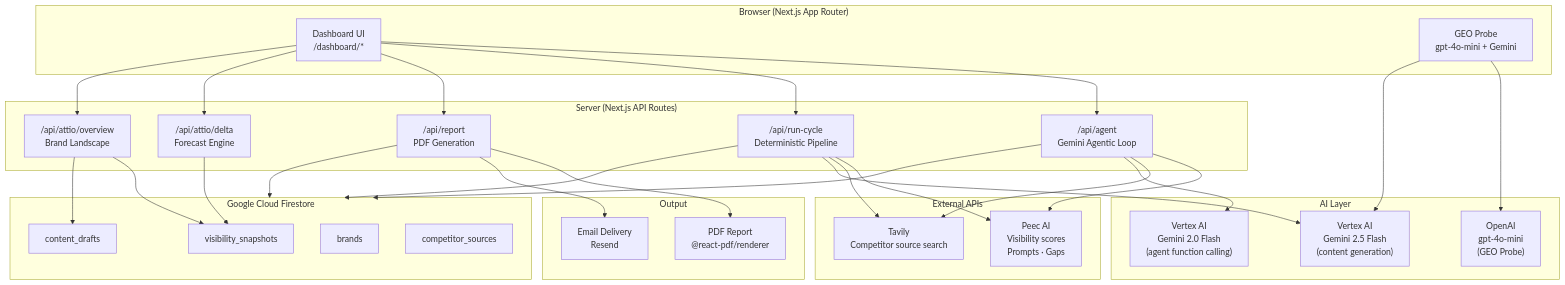
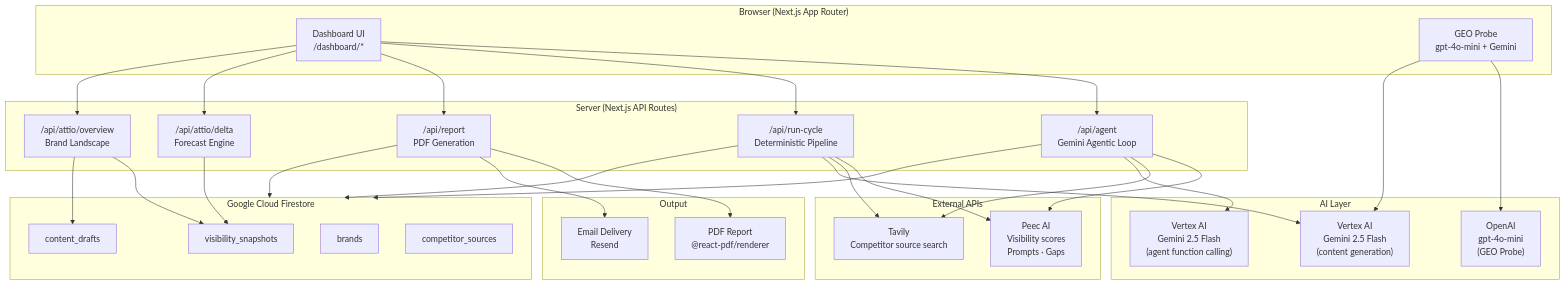
Before and after one commit to mary4data/marktron: the diagram in README.md, drawn with Mermaid. The commit also changed other lines of this file, not shown here.

````diff
--- a/README.md
+++ b/README.md
@@ -24,64 +24,64 @@
 ```mermaid
 graph TB
     subgraph Browser["Browser (Next.js App Router)"]
         UI["Dashboard UI\n/dashboard/*"]
         PROBE["GEO Probe\ngpt-4o-mini + Gemini"]
     end
 
     subgraph Server["Server (Next.js API Routes)"]
         AGENT["/api/agent\nGemini Agentic Loop"]
         CYCLE["/api/run-cycle\nDeterministic Pipeline"]
         REPORT["/api/report\nPDF Generation"]
         DELTA["/api/attio/delta\nForecast Engine"]
         OV["/api/attio/overview\nBrand Landscape"]
     end
 
     subgraph AI["AI Layer"]
         VERTEX["Vertex AI\nGemini 2.5 Flash\n(content generation)"]
-        VERTEX2["Vertex AI\nGemini 2.0 Flash\n(agent function calling)"]
+        VERTEX2["Vertex AI\nGemini 2.5 Flash\n(agent function calling)"]
         OPENAI["OpenAI\ngpt-4o-mini\n(GEO Probe)"]
     end
 
     subgraph External["External APIs"]
         PEEC["Peec AI\nVisibility scores\nPrompts · Gaps"]
         TAVILY["Tavily\nCompetitor source search"]
     end
 
     subgraph Storage["Google Cloud Firestore"]
         SNAP["visibility_snapshots"]
         DRAFTS["content_drafts"]
         BRANDS["brands"]
         SOURCES["competitor_sources"]
     end
 
     subgraph Output["Output"]
         PDF["PDF Report\n@react-pdf/renderer"]
         EMAIL["Email Delivery\nResend"]
     end
 
     UI --> AGENT
     UI --> CYCLE
     UI --> REPORT
     UI --> DELTA
     UI --> OV
     PROBE --> OPENAI
     PROBE --> VERTEX
 
     AGENT --> PEEC
     AGENT --> TAVILY
     AGENT --> VERTEX2
     AGENT --> Storage
 
     CYCLE --> PEEC
     CYCLE --> TAVILY
     CYCLE --> VERTEX
     CYCLE --> Storage
 
     DELTA --> SNAP
     OV --> SNAP
     OV --> DRAFTS
 
     REPORT --> PDF
     REPORT --> EMAIL
     REPORT --> Storage
 ```
````
